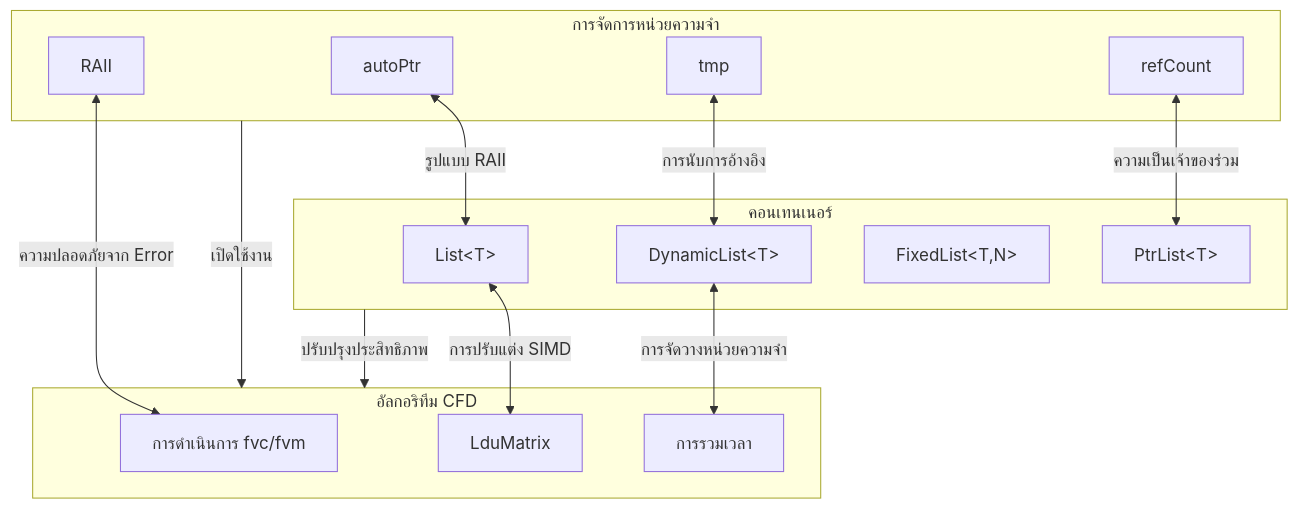
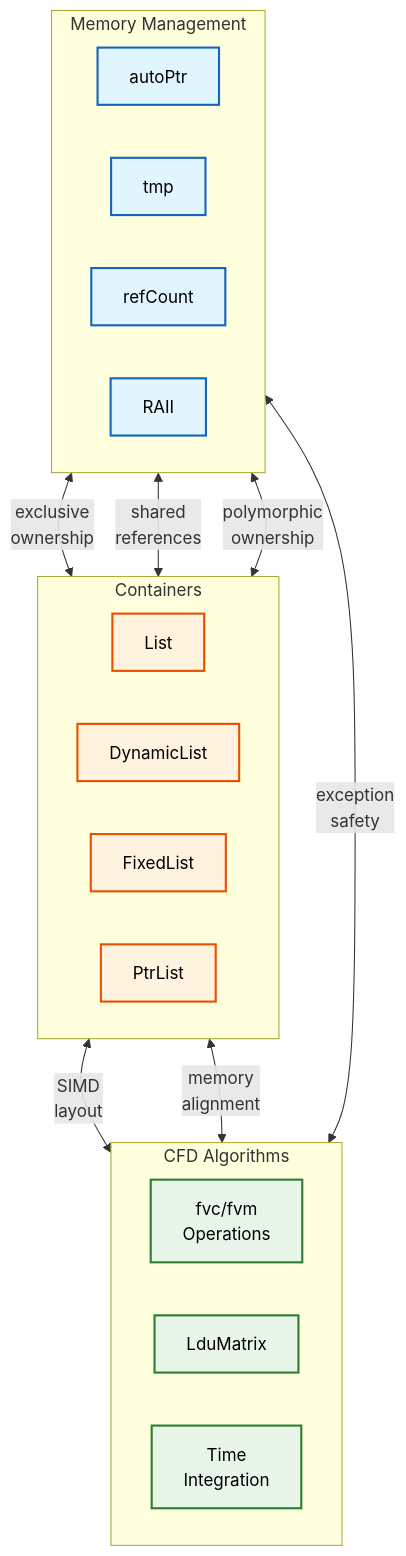
One commit to wramet/build-my-cfd changed the second of 3 diagrams in MODULE_05_OPENFOAM_PROGRAMMING/CONTENT/03_CONTAINERS_MEMORY/04_Integration_and_Best_Practices.md. Above: the diagram before and after it, drawn with Mermaid. The commit also changed other lines of this file and 313 other files, not shown here.

Commit message:
Revise all diagram

````diff
--- a/MODULE_05_OPENFOAM_PROGRAMMING/CONTENT/03_CONTAINERS_MEMORY/04_Integration_and_Best_Practices.md
+++ b/MODULE_05_OPENFOAM_PROGRAMMING/CONTENT/03_CONTAINERS_MEMORY/04_Integration_and_Best_Practices.md
@@ -87,32 +91,36 @@
 ```mermaid
 flowchart TB
-    subgraph MI["การจัดการหน่วยความจำ"]
-        M1[autoPtr]
-        M2[tmp]
-        M3[refCount]
-        M4[RAII]
-    end
+classDef mem fill:#e1f5fe,stroke:#1565c0,color:#000,stroke-width:2px
+classDef con fill:#fff3e0,stroke:#e65100,color:#000,stroke-width:2px
+classDef alg fill:#e8f5e9,stroke:#2e7d32,color:#000,stroke-width:2px
 
-    subgraph CO["คอนเทนเนอร์"]
-        C1[List&lt;T&gt;]
-        C2[DynamicList&lt;T&gt;]
-        C3[FixedList&lt;T,N&gt;]
-        C4[PtrList&lt;T&gt;]
-    end
+subgraph Memory["Memory Management"]
+    direction LR
+    M1["autoPtr"]:::mem
+    M2["tmp"]:::mem
+    M3["refCount"]:::mem
+    M4["RAII"]:::mem
+end
 
-    subgraph CF["อัลกอริทึม CFD"]
-        A1[การดำเนินการ fvc/fvm]
-        A2[LduMatrix]
-        A3[การรวมเวลา]
-    end
+subgraph Container["Containers"]
+    direction LR
+    C1["List<T>"]:::con
+    C2["DynamicList<T>"]:::con
+    C3["FixedList<T,N>"]:::con
+    C4["PtrList<T>"]:::con
+end
 
-    M1 <-->|รูปแบบ RAII| C1
-    M2 <-->|การนับการอ้างอิง| C2
-    M3 <-->|ความเป็นเจ้าของร่วม| C4
-    M4 <-->|ความปลอดภัยจาก Error| A1
-    C1 <-->|การปรับแต่ง SIMD| A2
-    C2 <-->|การจัดวางหน่วยความจำ| A3
+subgraph Algorithm["CFD Algorithms"]
+    direction LR
+    A1["fvc/fvm<br/>Operations"]:::alg
+    A2["LduMatrix"]:::alg
+    A3["Time<br/>Integration"]:::alg
+end
 
-    MI -->|เปิดใช้งาน| CF
-    CO -->|ปรับปรุงประสิทธิภาพ| CF
+M1 <-->|exclusive<br/>ownership| C1
+M2 <-->|shared<br/>references| C2
+M3 <-->|polymorphic<br/>ownership| C4
+M4 <-->|exception<br/>safety| A1
+C1 <-->|SIMD<br/>layout| A2
+C2 <-->|memory<br/>alignment| A3
 ```
````
